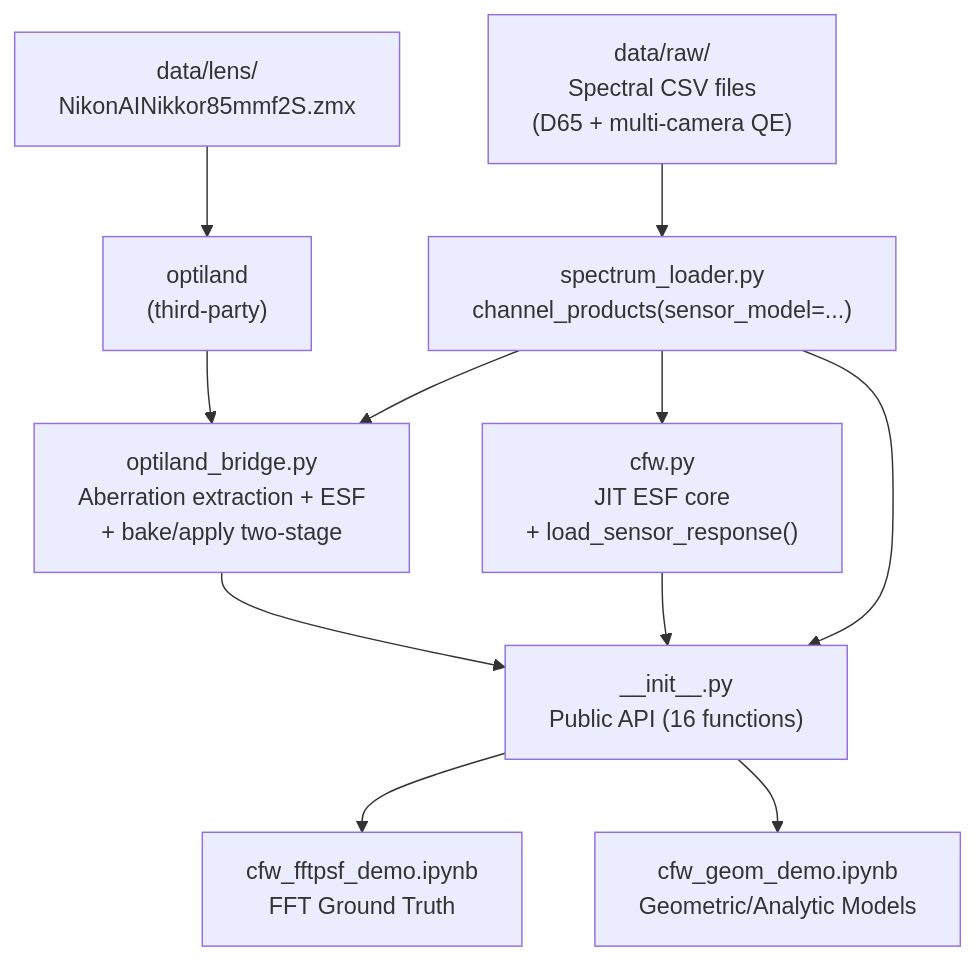
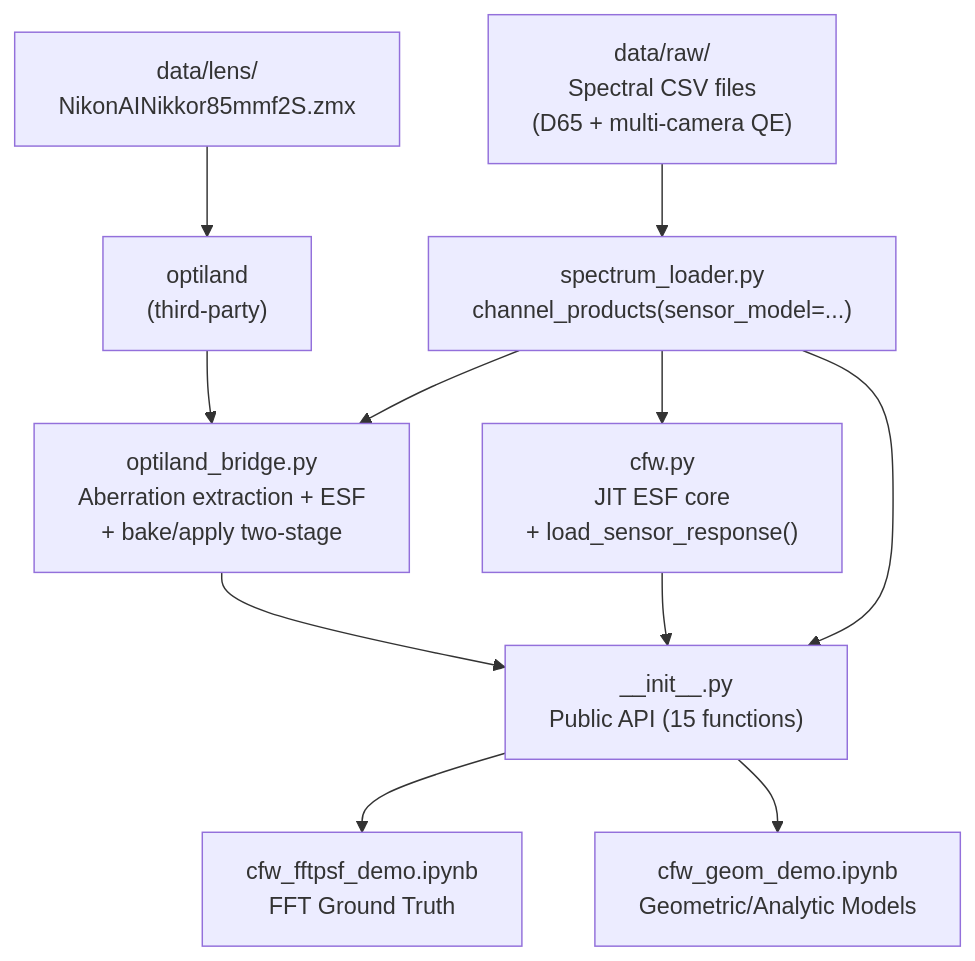
One commit to Leyangf/ColorFringeCalculation changed the first of 2 diagrams in report/ChromFringe_Report.md. Above: the diagram before and after it, drawn with Mermaid. The commit also changed other lines of this file and 5 other files, not shown here.

````diff
--- a/report/ChromFringe_Report.md
+++ b/report/ChromFringe_Report.md
@@ -114,23 +111,23 @@
 ```mermaid
 graph TD
     ZMX["data/lens/\nNikonAINikkor85mmf2S.zmx"]
     CSV["data/raw/\nSpectral CSV files\n(D65 + multi-camera QE)"]
     SL["spectrum_loader.py\nchannel_products(sensor_model=...)"]
     OB["optiland_bridge.py\nAberration extraction + ESF\n+ bake/apply two-stage"]
     CFW["cfw.py\nJIT ESF core\n+ load_sensor_response()"]
-    INIT["__init__.py\nPublic API (16 functions)"]
+    INIT["__init__.py\nPublic API (15 functions)"]
     NB1["cfw_fftpsf_demo.ipynb\nFFT Ground Truth"]
     NB2["cfw_geom_demo.ipynb\nGeometric/Analytic Models"]
     OPT["optiland\n(third-party)"]
 
     CSV --> SL
     ZMX --> OPT
     OPT --> OB
     SL --> OB
     SL --> CFW
     OB --> INIT
     CFW --> INIT
     SL --> INIT
     INIT --> NB1
     INIT --> NB2
 ```
````
